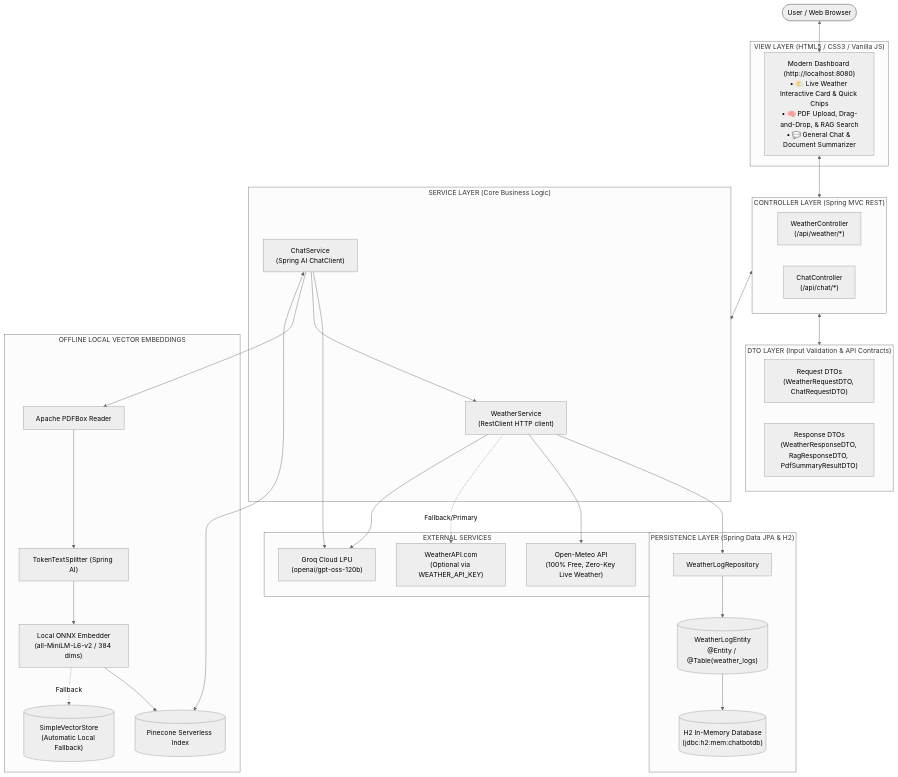
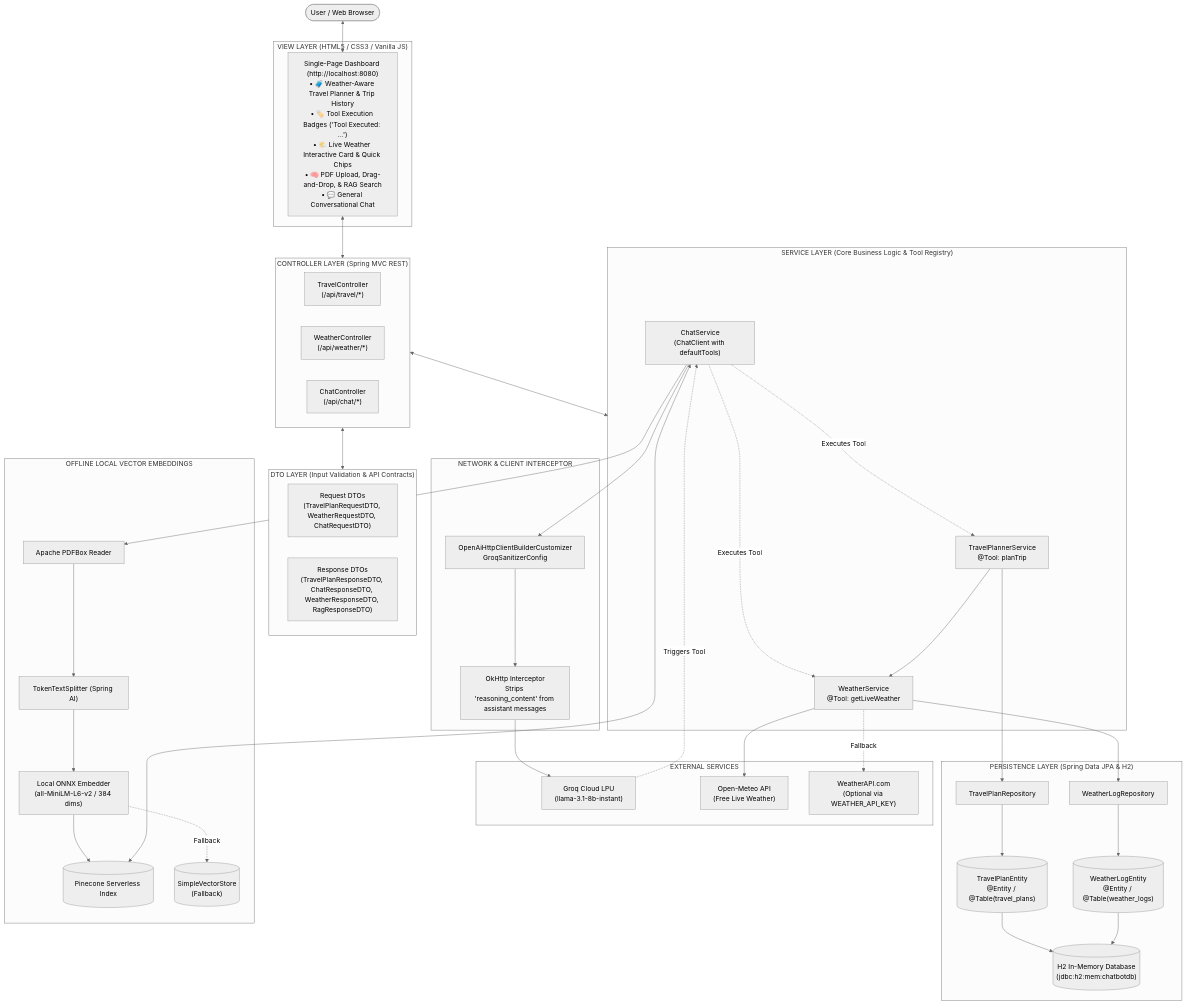
Before and after one commit to ChakradharReddy01/ai-chatbot: the first of 2 diagrams in ai-chatbot/README.md, drawn with Mermaid (neutral theme). The commit also changed other lines of this file and 14 other files, not shown here.

Commit message:
Travel planner added

````diff
--- a/ai-chatbot/README.md
+++ b/ai-chatbot/README.md
@@ -72,63 +100,74 @@
 ```mermaid
 flowchart TD
     User([User / Web Browser])
 
     subgraph ViewLayer ["VIEW LAYER (HTML5 / CSS3 / Vanilla JS)"]
-        UI["Modern Dashboard (http://localhost:8080)<br/>• 🌤️ Live Weather Interactive Card & Quick Chips<br/>• 🧠 PDF Upload, Drag-and-Drop, & RAG Search<br/>• 💬 General Chat & Document Summarizer"]
+        UI["Single-Page Dashboard (http://localhost:8080)<br/>• 🧳 Weather-Aware Travel Planner & Trip History<br/>• 🏷️ Tool Execution Badges ('Tool Executed: ...')<br/>• 🌤️ Live Weather Interactive Card & Quick Chips<br/>• 🧠 PDF Upload, Drag-and-Drop, & RAG Search<br/>• 💬 General Conversational Chat"]
     end
 
     subgraph ControllerLayer ["CONTROLLER LAYER (Spring MVC REST)"]
+        TravelCtrl["TravelController<br/>(/api/travel/*)"]
         WeatherCtrl["WeatherController<br/>(/api/weather/*)"]
         ChatCtrl["ChatController<br/>(/api/chat/*)"]
     end
 
     subgraph DTOLayer ["DTO LAYER (Input Validation & API Contracts)"]
-        ReqDTO["Request DTOs<br/>(WeatherRequestDTO, ChatRequestDTO)"]
-        ResDTO["Response DTOs<br/>(WeatherResponseDTO, RagResponseDTO, PdfSummaryResultDTO)"]
+        ReqDTO["Request DTOs<br/>(TravelPlanRequestDTO, WeatherRequestDTO, ChatRequestDTO)"]
+        ResDTO["Response DTOs<br/>(TravelPlanResponseDTO, ChatResponseDTO, WeatherResponseDTO, RagResponseDTO)"]
     end
 
-    subgraph ServiceLayer ["SERVICE LAYER (Core Business Logic)"]
-        WeatherSvc["WeatherService<br/>(RestClient HTTP client)"]
-        ChatSvc["ChatService<br/>(Spring AI ChatClient)"]
+    subgraph ServiceLayer ["SERVICE LAYER (Core Business Logic & Tool Registry)"]
+        TravelSvc["TravelPlannerService<br/>@Tool: planTrip"]
+        WeatherSvc["WeatherService<br/>@Tool: getLiveWeather"]
+        ChatSvc["ChatService<br/>(ChatClient with defaultTools)"]
+    end
+
+    subgraph NetworkSanitizer ["NETWORK & CLIENT INTERCEPTOR"]
+        OkHttpCustomizer["OpenAiHttpClientBuilderCustomizer<br/>GroqSanitizerConfig"]
+        Interceptor["OkHttp Interceptor<br/>Strips 'reasoning_content' from assistant messages"]
     end
 
     subgraph DataLayer ["PERSISTENCE LAYER (Spring Data JPA & H2)"]
+        TravelRepo["TravelPlanRepository"]
+        TravelEntity[("TravelPlanEntity<br/>@Entity / @Table(travel_plans)")]
         WeatherRepo["WeatherLogRepository"]
         WeatherEntity[("WeatherLogEntity<br/>@Entity / @Table(weather_logs)")]
         H2DB[("H2 In-Memory Database<br/>(jdbc:h2:mem:chatbotdb)")]
     end
 
     subgraph ExternalAPIs ["EXTERNAL SERVICES"]
-        OpenMeteo["Open-Meteo API<br/>(100% Free, Zero-Key Live Weather)"]
+        Groq["Groq Cloud LPU<br/>(llama-3.1-8b-instant)"]
+        OpenMeteo["Open-Meteo API<br/>(Free Live Weather)"]
         WeatherAPI["WeatherAPI.com<br/>(Optional via WEATHER_API_KEY)"]
-        Groq["Groq Cloud LPU<br/>(openai/gpt-oss-120b)"]
     end
 
     subgraph LocalEmbeddings ["OFFLINE LOCAL VECTOR EMBEDDINGS"]
         PDFReader["Apache PDFBox Reader"]
         Chunker["TokenTextSplitter (Spring AI)"]
         Embedder["Local ONNX Embedder<br/>(all-MiniLM-L6-v2 / 384 dims)"]
         Pinecone[("Pinecone Serverless Index")]
-        SimpleStore[("SimpleVectorStore<br/>(Automatic Local Fallback)")]
+        SimpleStore[("SimpleVectorStore<br/>(Fallback)")]
     end
 
     User <--> UI
     UI <--> ControllerLayer
     ControllerLayer <--> DTOLayer
     ControllerLayer <--> ServiceLayer
 
-    WeatherSvc --> WeatherRepo
-    WeatherRepo --> WeatherEntity
-    WeatherEntity --> H2DB
+    ChatSvc --> OkHttpCustomizer --> Interceptor --> Groq
+    Groq -. Triggers Tool .-> ChatSvc
+    ChatSvc -. Executes Tool .-> TravelSvc
+    ChatSvc -. Executes Tool .-> WeatherSvc
 
+    TravelSvc --> WeatherSvc
+    TravelSvc --> TravelRepo --> TravelEntity --> H2DB
+
+    WeatherSvc --> WeatherRepo --> WeatherEntity --> H2DB
     WeatherSvc --> OpenMeteo
-    WeatherSvc -. Fallback/Primary .-> WeatherAPI
-    WeatherSvc --> Groq
+    WeatherSvc -. Fallback .-> WeatherAPI
 
-    ChatSvc --> Groq
-    ChatSvc --> WeatherSvc
     ChatSvc --> PDFReader --> Chunker --> Embedder
     Embedder --> Pinecone
     Embedder -. Fallback .-> SimpleStore
     ChatSvc <--> Pinecone
 ```
````
